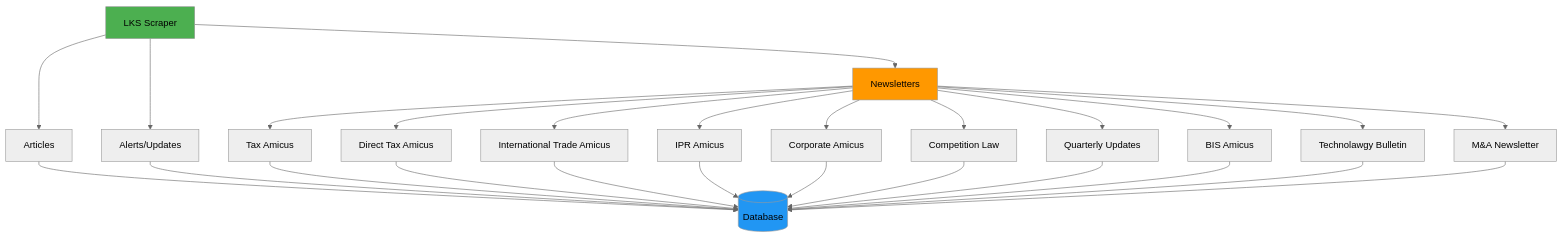
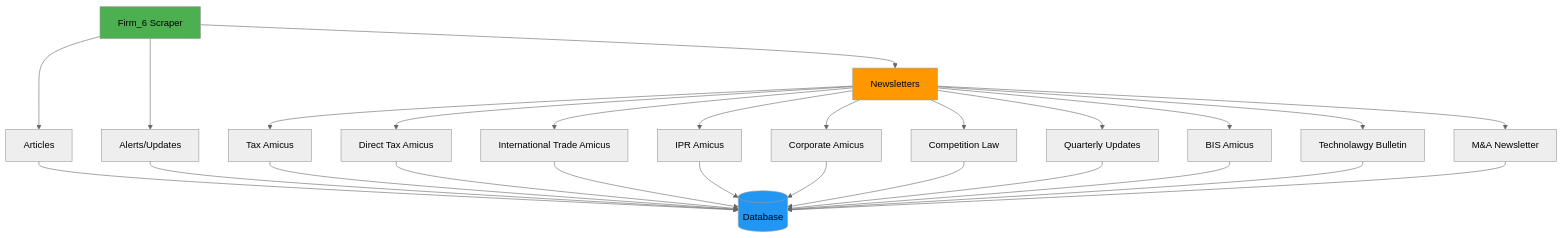
Diagram 14 of 27 in readme.md (Acash-bits/Law-Firm-Publications-Scraper-Suite), drawn with Mermaid (neutral theme) before and after one commit. The commit also changed other lines of this file, not shown here.

Commit message:
Change in the font and style of System architecture diagram

````diff
--- a/readme.md
+++ b/readme.md
@@ -897,23 +888,23 @@
 ```mermaid
 graph TB
-    A[LKS Scraper] --> B[Articles]
+    A[Firm_6 Scraper] --> B[Articles]
     A --> C[Alerts/Updates]
     A --> D[Newsletters]
     
     D --> D1[Tax Amicus]
     D --> D2[Direct Tax Amicus]
     D --> D3[International Trade Amicus]
     D --> D4[IPR Amicus]
     D --> D5[Corporate Amicus]
     D --> D6[Competition Law]
     D --> D7[Quarterly Updates]
     D --> D8[BIS Amicus]
     D --> D9[Technolawgy Bulletin]
     D --> D10[M&A Newsletter]
     
     B & C & D1 & D2 & D3 & D4 & D5 & D6 & D7 & D8 & D9 & D10 --> E[(Database)]
     
     style A fill:#4CAF50
     style D fill:#FF9800
     style E fill:#2196F3
 ```
````
